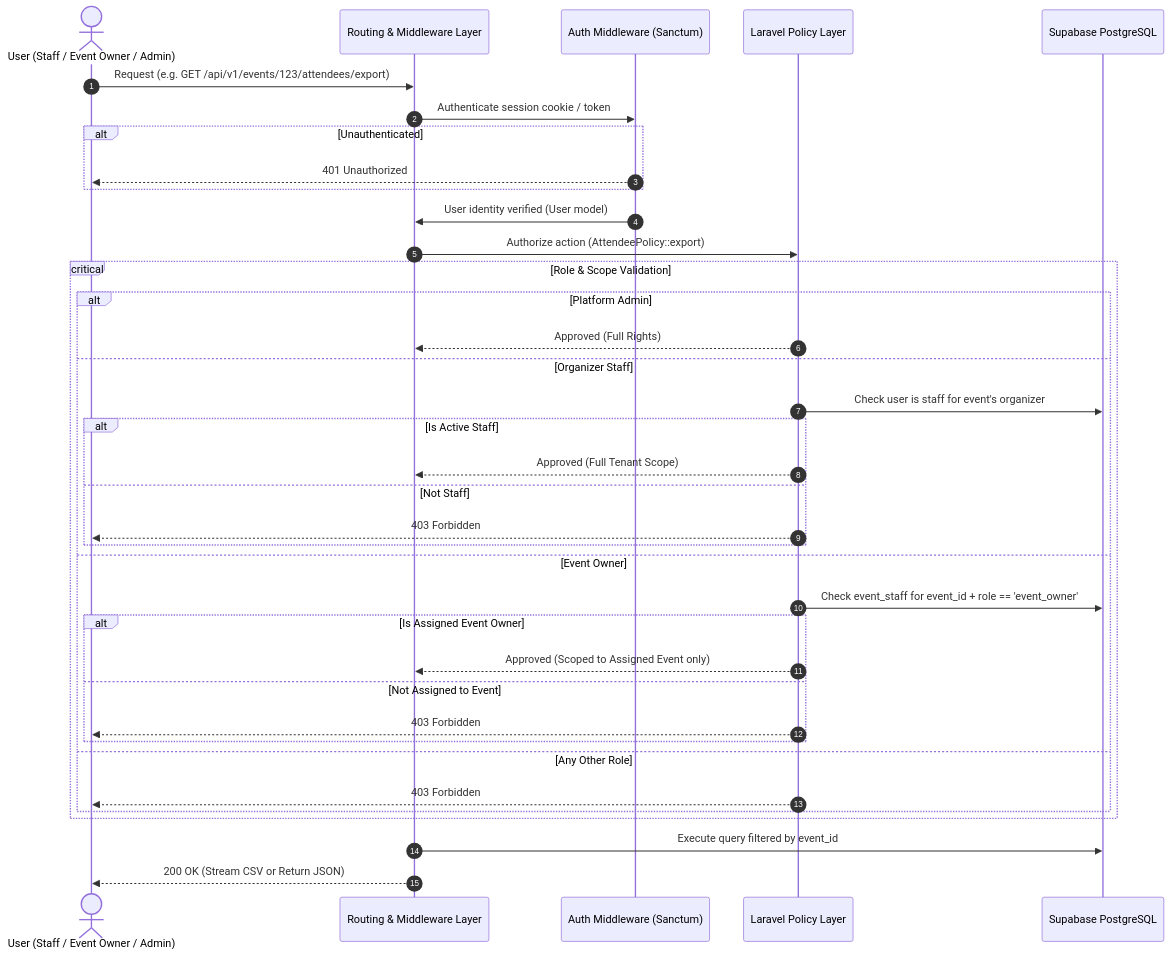
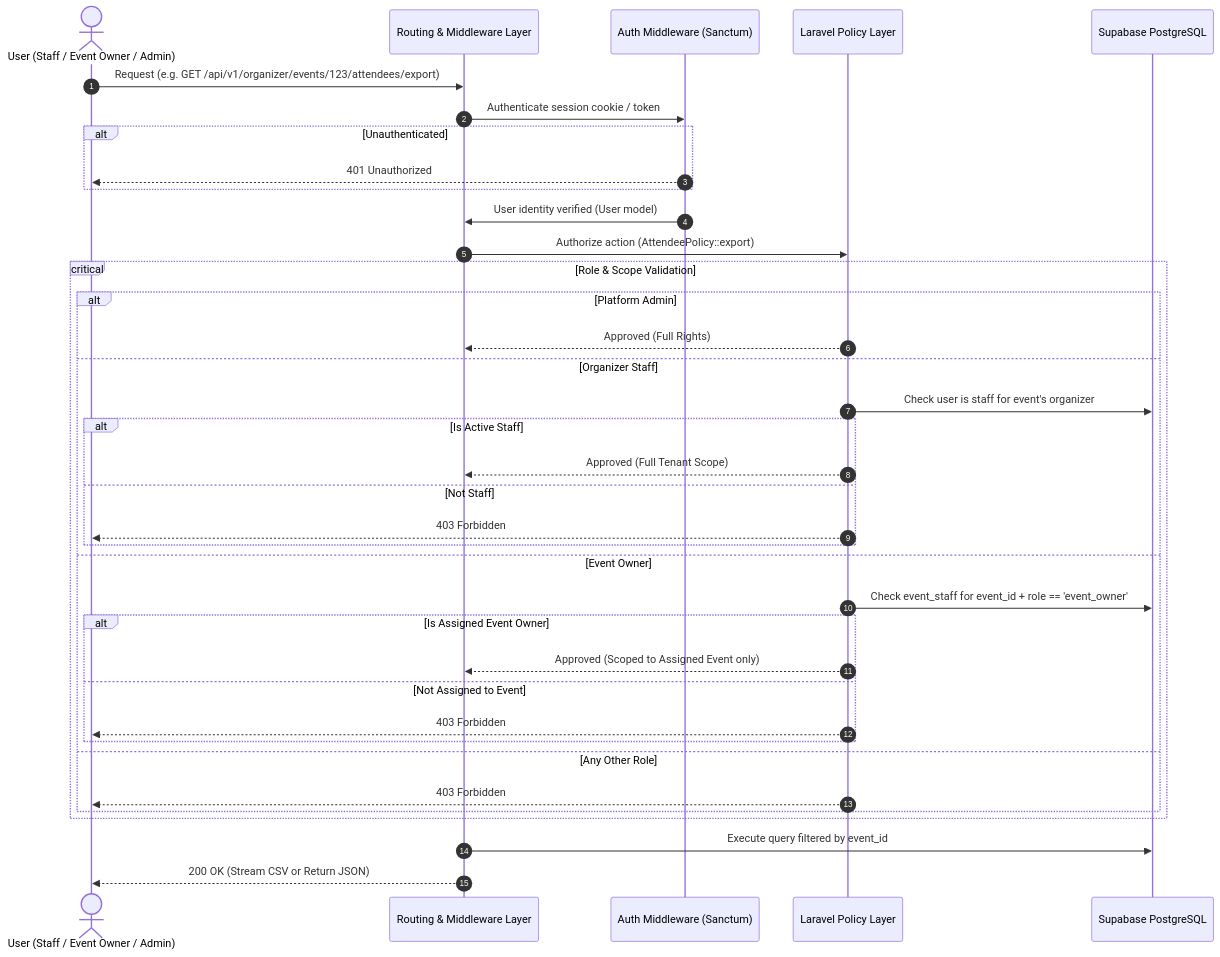
The second of 2 diagrams in doc/roleandprivileage.md (kreativesahara/ticket), drawn with Mermaid before and after one commit. The commit also changed other lines of this file and 14 other files, not shown here.

Commit message:
feat: add event owner role and system architecture diagrams

````diff
--- a/doc/roleandprivileage.md
+++ b/doc/roleandprivileage.md
@@ -147,43 +147,43 @@
 ```mermaid
 sequenceDiagram
     autonumber
     actor Client as User (Staff / Event Owner / Admin)
     participant HTTP as Routing & Middleware Layer
     participant Sanctum as Auth Middleware (Sanctum)
     participant Policy as Laravel Policy Layer
     participant DB as Supabase PostgreSQL
 
-    Client->>HTTP: Request (e.g. GET /api/v1/events/123/attendees/export)
+    Client->>HTTP: Request (e.g. GET /api/v1/organizer/events/123/attendees/export)
     HTTP->>Sanctum: Authenticate session cookie / token
     alt Unauthenticated
         Sanctum-->>Client: 401 Unauthorized
     end
 
     Sanctum->>HTTP: User identity verified (User model)
     HTTP->>Policy: Authorize action (AttendeePolicy::export)
 
     critical Role & Scope Validation
         alt Platform Admin
             Policy-->>HTTP: Approved (Full Rights)
         else Organizer Staff
             Policy->>DB: Check user is staff for event's organizer
             alt Is Active Staff
                 Policy-->>HTTP: Approved (Full Tenant Scope)
             else Not Staff
                 Policy-->>Client: 403 Forbidden
             end
         else Event Owner
             Policy->>DB: Check event_staff for event_id + role == 'event_owner'
             alt Is Assigned Event Owner
                 Policy-->>HTTP: Approved (Scoped to Assigned Event only)
             else Not Assigned to Event
                 Policy-->>Client: 403 Forbidden
             end
         else Any Other Role
             Policy-->>Client: 403 Forbidden
         end
     end
 
     HTTP->>DB: Execute query filtered by event_id
     HTTP-->>Client: 200 OK (Stream CSV or Return JSON)
 ```
````
